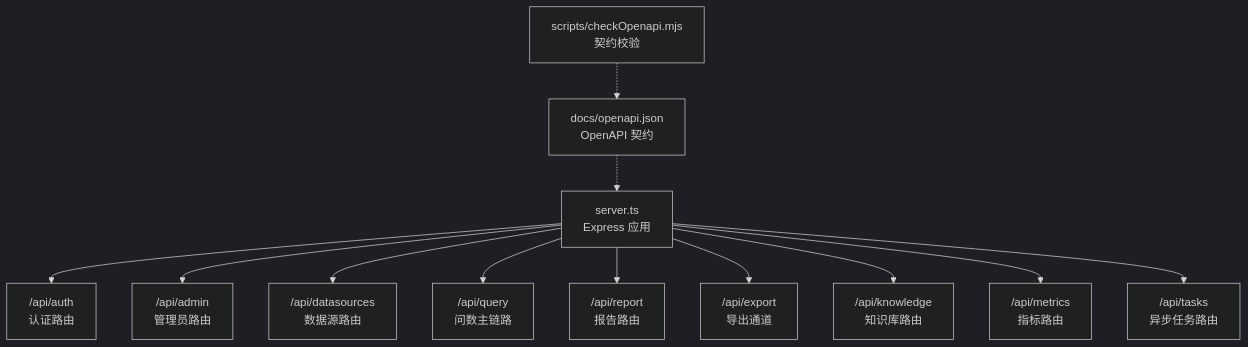
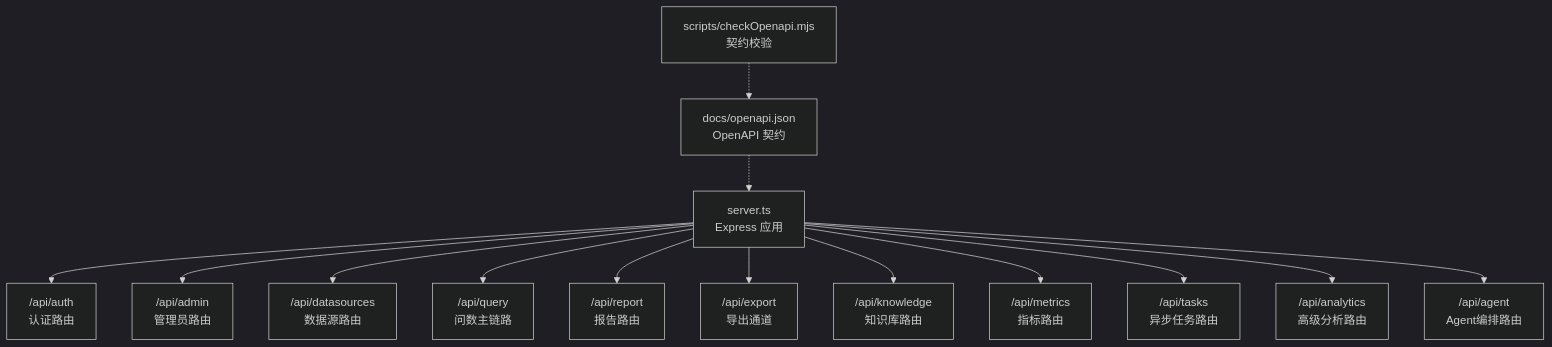
Before and after one commit to dgjin/smart-data-analytics: the first of 9 diagrams in .qoder/repowiki/zh/content/后端服务/API设计与规范/请求响应格式.md, drawn with Mermaid (dark theme). The commit also changed other lines of this file and 141 other files, not shown here.

````diff
--- a/.qoder/repowiki/zh/content/后端服务/API设计与规范/请求响应格式.md
+++ b/.qoder/repowiki/zh/content/后端服务/API设计与规范/请求响应格式.md
@@ -35,14 +44,16 @@
 ```mermaid
 graph TB
 A["server.ts<br/>Express 应用"] --> B["/api/auth<br/>认证路由"]
 A --> C["/api/admin<br/>管理员路由"]
 A --> D["/api/datasources<br/>数据源路由"]
 A --> E["/api/query<br/>问数主链路"]
 A --> F["/api/report<br/>报告路由"]
 A --> G["/api/export<br/>导出通道"]
 A --> H["/api/knowledge<br/>知识库路由"]
 A --> I["/api/metrics<br/>指标路由"]
 A --> J["/api/tasks<br/>异步任务路由"]
-K["docs/openapi.json<br/>OpenAPI 契约"] -.-> A
-L["scripts/checkOpenapi.mjs<br/>契约校验"] -.-> K
+A --> K["/api/analytics<br/>高级分析路由"]
+A --> L["/api/agent<br/>Agent编排路由"]
+M["docs/openapi.json<br/>OpenAPI 契约"] -.-> A
+N["scripts/checkOpenapi.mjs<br/>契约校验"] -.-> M
 ```
````
